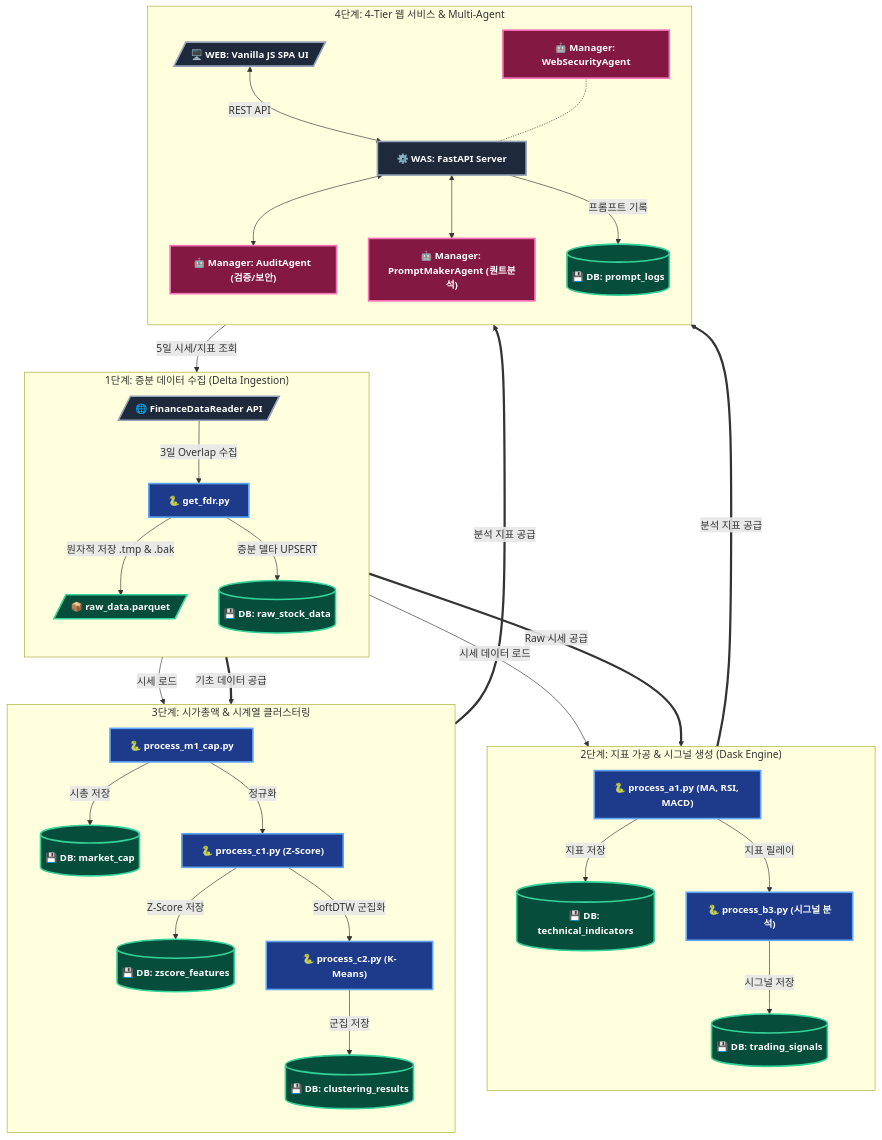
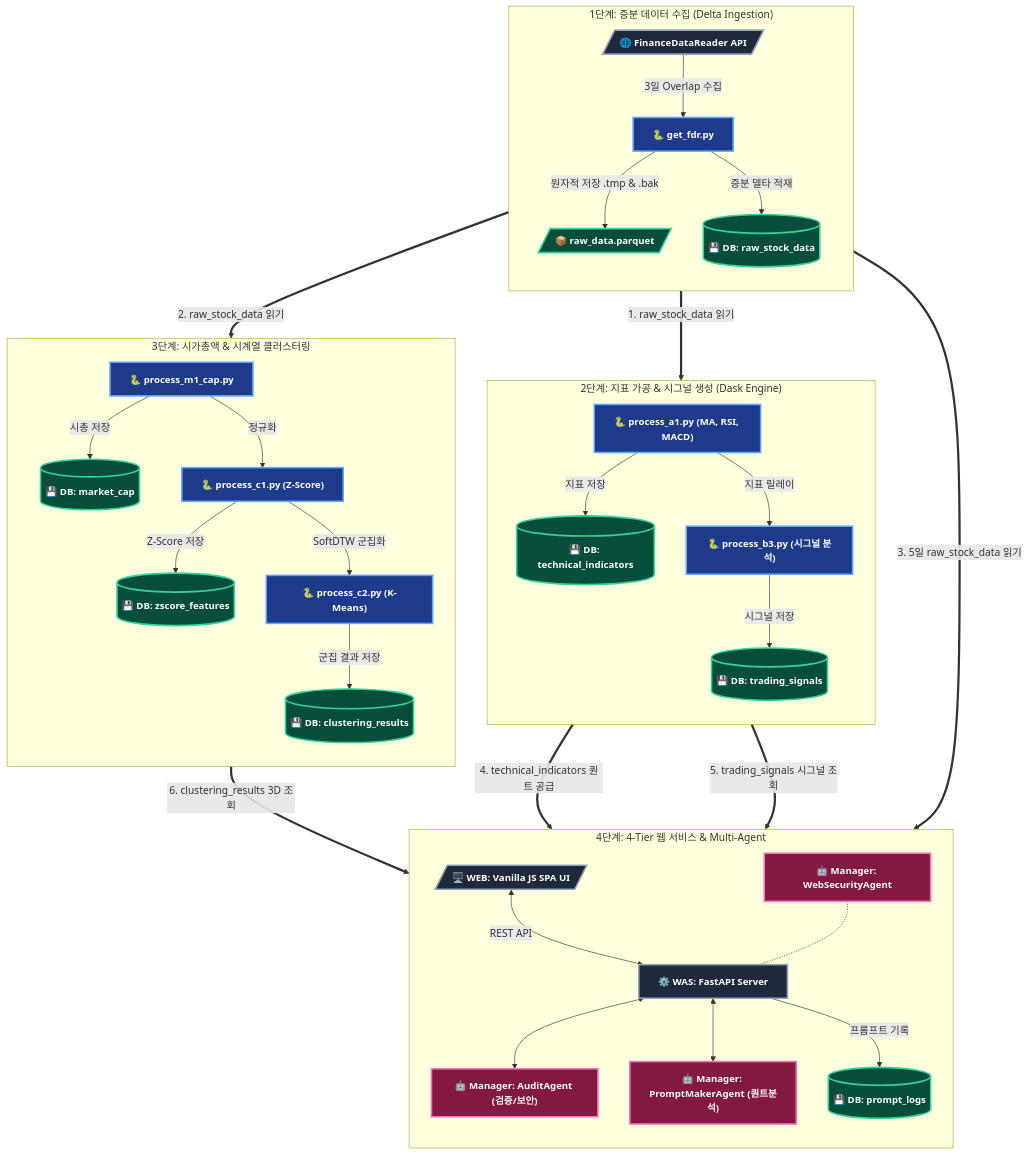
The first of 2 diagrams in README.md (hugingstar/ggeolmu), drawn with Mermaid before and after one commit.

Commit message:
docs: README.md DB 간 핀포인트 데이터 입출력 흐름 화살표(Edge) 명확화

````diff
--- a/README.md
+++ b/README.md
@@ -14,58 +14,58 @@
 ```mermaid
 flowchart TD
     %% 커스텀 색상 및 폰트 크기 스타일 정의
     classDef pythonEngine fill:#1e3a8a,stroke:#60a5fa,stroke-width:2.5px,color:#ffffff,font-size:15px,font-weight:bold;
     classDef dbStorage fill:#064e3b,stroke:#34d399,stroke-width:2.5px,color:#ffffff,font-size:15px,font-weight:bold;
     classDef agentManager fill:#831843,stroke:#f472b6,stroke-width:2.5px,color:#ffffff,font-size:15px,font-weight:bold;
     classDef webServer fill:#1e293b,stroke:#94a3b8,stroke-width:2.5px,color:#ffffff,font-size:15px,font-weight:bold;
 
     %% 1단계: 증분 수집 및 원자적 적재
     subgraph Step1 ["1단계: 증분 데이터 수집 (Delta Ingestion)"]
         direction TB
         FDR[/"🌐 FinanceDataReader API"/] -->|3일 Overlap 수집| GetFDR["🐍 get_fdr.py"]
         GetFDR -->|원자적 저장 .tmp & .bak| RawParquet[/"📦 raw_data.parquet"/]
-        GetFDR -->|증분 델타 UPSERT| DB_Raw[("💾 DB: raw_stock_data")]
+        GetFDR -->|증분 델타 적재| DB_Raw[("💾 DB: raw_stock_data")]
     end
 
     %% 2단계: 기술적 지표 및 시그널 연산
     subgraph Step2 ["2단계: 지표 가공 & 시그널 생성 (Dask Engine)"]
         direction TB
-        DB_Raw -->|시세 데이터 로드| ProcessA1["🐍 process_a1.py (MA, RSI, MACD)"]
-        ProcessA1 -->|지표 저장| DB_Tech[("💾 DB: technical_indicators")]
+        ProcessA1["🐍 process_a1.py (MA, RSI, MACD)"] -->|지표 저장| DB_Tech[("💾 DB: technical_indicators")]
         ProcessA1 -->|지표 릴레이| ProcessB3["🐍 process_b3.py (시그널 분석)"]
         ProcessB3 -->|시그널 저장| DB_Signal[("💾 DB: trading_signals")]
     end
 
     %% 3단계: 시계열 클러스터링
     subgraph Step3 ["3단계: 시가총액 & 시계열 클러스터링"]
         direction TB
-        DB_Raw -->|시세 로드| ProcessM1["🐍 process_m1_cap.py"]
-        ProcessM1 -->|시총 저장| DB_Cap[("💾 DB: market_cap")]
+        ProcessM1["🐍 process_m1_cap.py"] -->|시총 저장| DB_Cap[("💾 DB: market_cap")]
         ProcessM1 -->|정규화| ProcessC1["🐍 process_c1.py (Z-Score)"]
         ProcessC1 -->|Z-Score 저장| DB_ZScore[("💾 DB: zscore_features")]
         ProcessC1 -->|SoftDTW 군집화| ProcessC2["🐍 process_c2.py (K-Means)"]
-        ProcessC2 -->|군집 저장| DB_Cluster[("💾 DB: clustering_results")]
+        ProcessC2 -->|군집 결과 저장| DB_Cluster[("💾 DB: clustering_results")]
     end
 
     %% 4단계: 4-Tier 웹 서비스 & 멀티 에이전트
     subgraph Step4 ["4단계: 4-Tier 웹 서비스 & Multi-Agent"]
         direction TB
         UI[/"🖥️ WEB: Vanilla JS SPA UI"/] <-->|REST API| WAS["⚙️ WAS: FastAPI Server"]
         WAS <--> Audit["🤖 Manager: AuditAgent (검증/보안)"]
         WAS <--> PromptAgent["🤖 Manager: PromptMakerAgent (퀀트분석)"]
-        PromptAgent -->|5일 시세/지표 조회| DB_Raw
         WAS -->|프롬프트 기록| DB_Logs[("💾 DB: prompt_logs")]
         SecAgent["🤖 Manager: WebSecurityAgent"] -.- WAS
     end
 
-    %% 파이프라인 모듈 간 메인 연계선
-    Step1 ==>|Raw 시세 공급| Step2
-    Step1 ==>|기초 데이터 공급| Step3
-    Step2 & Step3 ==>|분석 지표 공급| Step4
+    %% [DB 핀포인트 흐름 연계선 (어떤 DB -> 어떤 DB/모듈)]
+    DB_Raw ==>|1. raw_stock_data 읽기| ProcessA1
+    DB_Raw ==>|2. raw_stock_data 읽기| ProcessM1
+    DB_Raw ==>|3. 5일 raw_stock_data 읽기| PromptAgent
+    DB_Tech ==>|4. technical_indicators 퀀트 공급| PromptAgent
+    DB_Signal ==>|5. trading_signals 시그널 조회| WAS
+    DB_Cluster ==>|6. clustering_results 3D 조회| WAS
 
     %% 노드 스타일 지정 (.py: 파란색, DB: 녹색, 에이전트: 핑크, Web/WAS: 슬레이트)
     class GetFDR,ProcessA1,ProcessB3,ProcessM1,ProcessC1,ProcessC2 pythonEngine;
     class DB_Raw,DB_Tech,DB_Signal,DB_Cap,DB_ZScore,DB_Cluster,DB_Logs,RawParquet dbStorage;
     class Audit,PromptAgent,SecAgent agentManager;
     class UI,WAS,FDR webServer;
 ```
````
